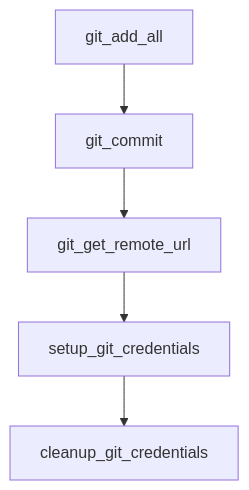
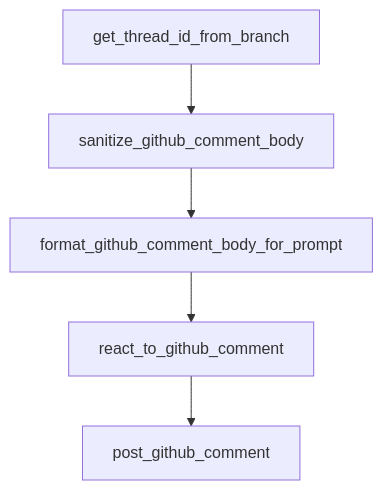
Before and after one commit to johnxie/awesome-code-docs: the diagram in tutorials/open-swe-tutorial/06-security-auth-and-operational-constraints.md, drawn with Mermaid. The commit also changed other lines of this file and 1232 other files, not shown here.

````diff
--- a/tutorials/open-swe-tutorial/06-security-auth-and-operational-constraints.md
+++ b/tutorials/open-swe-tutorial/06-security-auth-and-operational-constraints.md
@@ -213,12 +211,12 @@
 ```mermaid
 flowchart TD
-    A[git_add_all]
-    B[git_commit]
-    C[git_get_remote_url]
-    D[setup_git_credentials]
-    E[cleanup_git_credentials]
+    A[get_thread_id_from_branch]
+    B[sanitize_github_comment_body]
+    C[format_github_comment_body_for_prompt]
+    D[react_to_github_comment]
+    E[post_github_comment]
     A --> B
     B --> C
     C --> D
     D --> E
 ```
````
